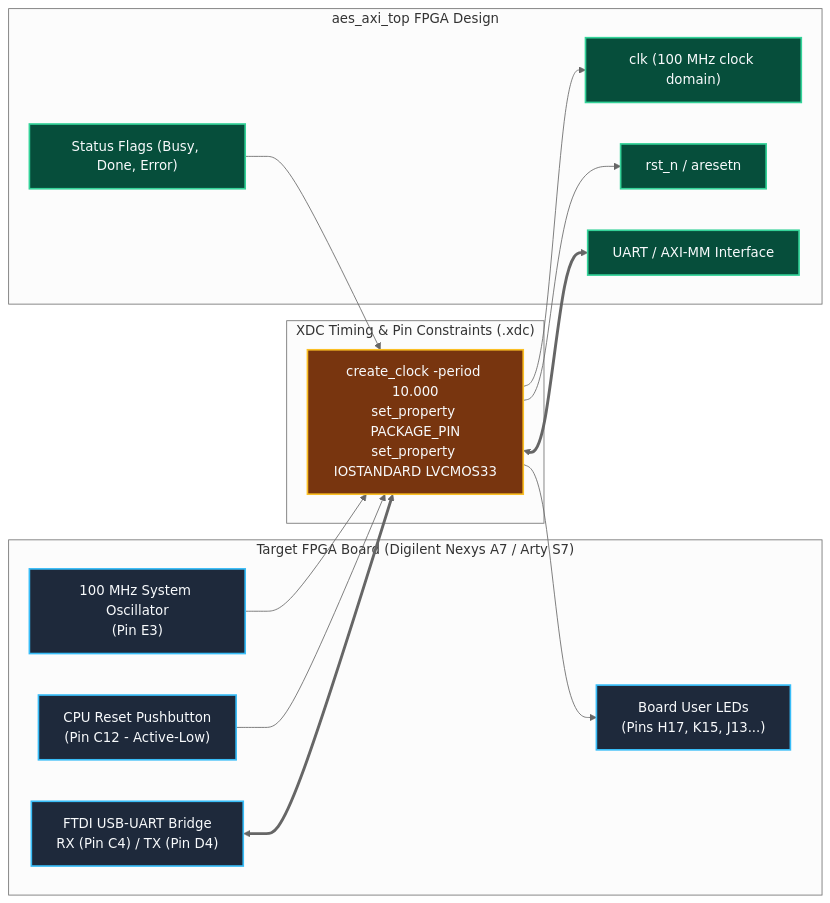
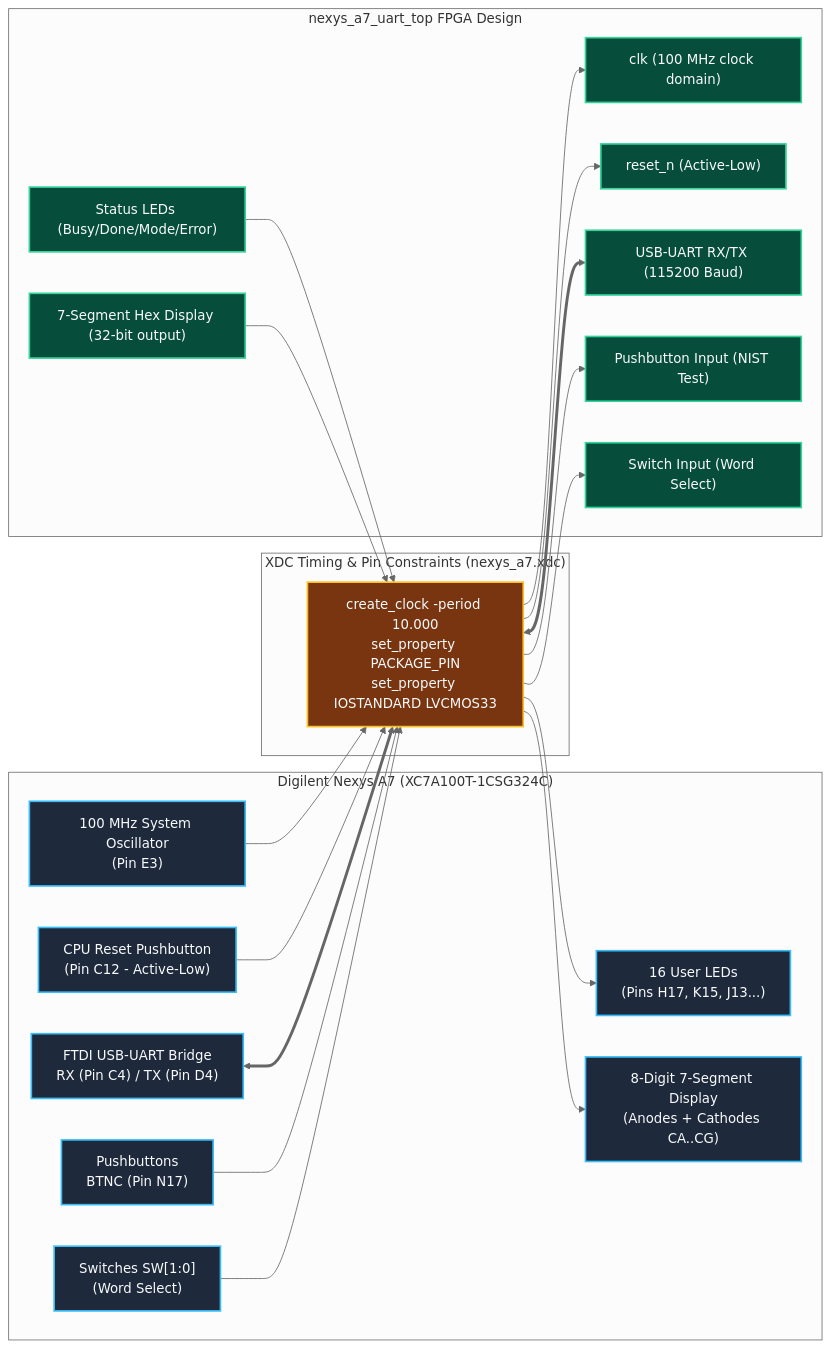
The diagram in constraints/README.md (SudarsanamR/Veltraxx-26), drawn with Mermaid (neutral theme) before and after one commit. The commit also changed other lines of this file and 7 other files, not shown here.

````diff
--- a/constraints/README.md
+++ b/constraints/README.md
@@ -14,29 +13,38 @@
 ```mermaid
 flowchart LR
     classDef board fill:#1e293b,stroke:#38bdf8,stroke-width:2px,color:#f8fafc;
     classDef pin fill:#78350f,stroke:#fbbf24,stroke-width:2px,color:#f8fafc;
     classDef fpga fill:#064e3b,stroke:#34d399,stroke-width:2px,color:#f8fafc;
 
-    subgraph BOARD ["Target FPGA Board (Digilent Nexys A7 / Arty S7)"]
+    subgraph BOARD ["Digilent Nexys A7 (XC7A100T-1CSG324C)"]
         CLK_OSC["100 MHz System Oscillator<br/>(Pin E3)"]:::board
         RST_BTN["CPU Reset Pushbutton<br/>(Pin C12 - Active-Low)"]:::board
         UART_PINS["FTDI USB-UART Bridge<br/>RX (Pin C4) / TX (Pin D4)"]:::board
-        LEDS["Board User LEDs<br/>(Pins H17, K15, J13...)"]:::board
+        LEDS["16 User LEDs<br/>(Pins H17, K15, J13...)"]:::board
+        SEG7["8-Digit 7-Segment Display<br/>(Anodes + Cathodes CA..CG)"]:::board
+        BTNS["Pushbuttons<br/>BTNC (Pin N17)"]:::board
+        SW["Switches SW[1:0]<br/>(Word Select)"]:::board
     end
 
-    subgraph XDC ["XDC Timing & Pin Constraints (.xdc)"]
+    subgraph XDC ["XDC Timing & Pin Constraints (nexys_a7.xdc)"]
         PIN_MAP["create_clock -period 10.000<br/>set_property PACKAGE_PIN<br/>set_property IOSTANDARD LVCMOS33"]:::pin
     end
 
-    subgraph CORE_TOP ["aes_axi_top FPGA Design"]
+    subgraph CORE_TOP ["nexys_a7_uart_top FPGA Design"]
         CLK_IN["clk (100 MHz clock domain)"]:::fpga
-        RST_IN["rst_n / aresetn"]:::fpga
-        UART_PORT["UART / AXI-MM Interface"]:::fpga
-        STATUS_PORT["Status Flags (Busy, Done, Error)"]:::fpga
+        RST_IN["reset_n (Active-Low)"]:::fpga
+        UART_PORT["USB-UART RX/TX (115200 Baud)"]:::fpga
+        STATUS_PORT["Status LEDs (Busy/Done/Mode/Error)"]:::fpga
+        DISPLAY["7-Segment Hex Display (32-bit output)"]:::fpga
+        BTN_PORT["Pushbutton Input (NIST Test)"]:::fpga
+        SW_PORT["Switch Input (Word Select)"]:::fpga
     end
 
     CLK_OSC --> PIN_MAP --> CLK_IN
     RST_BTN --> PIN_MAP --> RST_IN
     UART_PINS <==> PIN_MAP <==> UART_PORT
     STATUS_PORT --> PIN_MAP --> LEDS
+    DISPLAY --> PIN_MAP --> SEG7
+    BTNS --> PIN_MAP --> BTN_PORT
+    SW --> PIN_MAP --> SW_PORT
 ```
````
